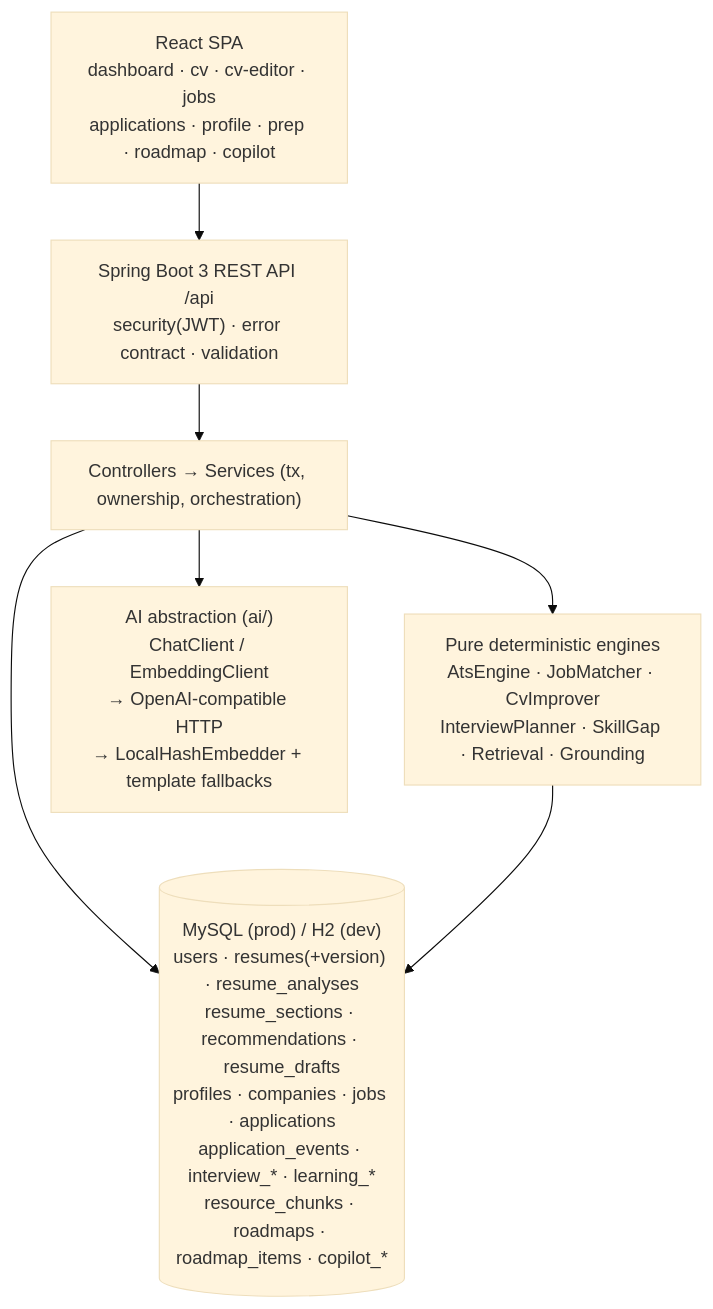
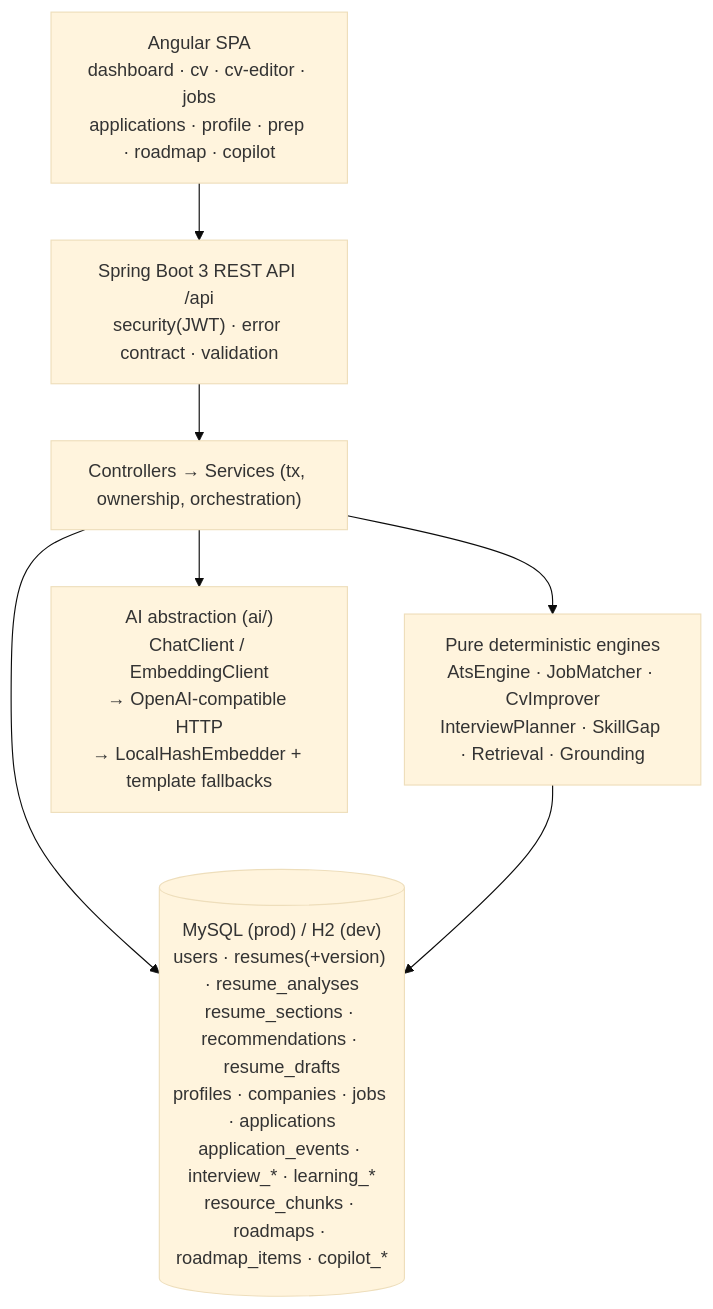
One commit to elel-m-b/CareerPilot changed diagram 12 of 12 in docs/ARCHITECTURE.md. Above: the diagram before and after it, drawn with Mermaid (base theme). The commit also changed other lines of this file and 215 other files, not shown here.

````diff
--- a/docs/ARCHITECTURE.md
+++ b/docs/ARCHITECTURE.md
@@ -602,16 +602,16 @@
 ```mermaid
 graph TD
-    SPA["React SPA<br/>dashboard · cv · cv-editor · jobs<br/>applications · profile · prep · roadmap · copilot"]
+    SPA["Angular SPA<br/>dashboard · cv · cv-editor · jobs<br/>applications · profile · prep · roadmap · copilot"]
     API["Spring Boot 3 REST API /api<br/>security(JWT) · error contract · validation"]
     CTRL["Controllers → Services (tx, ownership, orchestration)"]
     ENG["Pure deterministic engines<br/>AtsEngine · JobMatcher · CvImprover<br/>InterviewPlanner · SkillGap · Retrieval · Grounding"]
     AIABS["AI abstraction (ai/)<br/>ChatClient / EmbeddingClient<br/>→ OpenAI-compatible HTTP<br/>→ LocalHashEmbedder + template fallbacks"]
 
     DB[("MySQL (prod) / H2 (dev)<br/>users · resumes(+version) · resume_analyses<br/>resume_sections · recommendations · resume_drafts<br/>profiles · companies · jobs · applications<br/>application_events · interview_* · learning_*<br/>resource_chunks · roadmaps · roadmap_items · copilot_*")]
 
     SPA --> API --> CTRL
     CTRL --> ENG
     CTRL --> AIABS
     CTRL --> DB
     ENG --> DB
 ```
````
